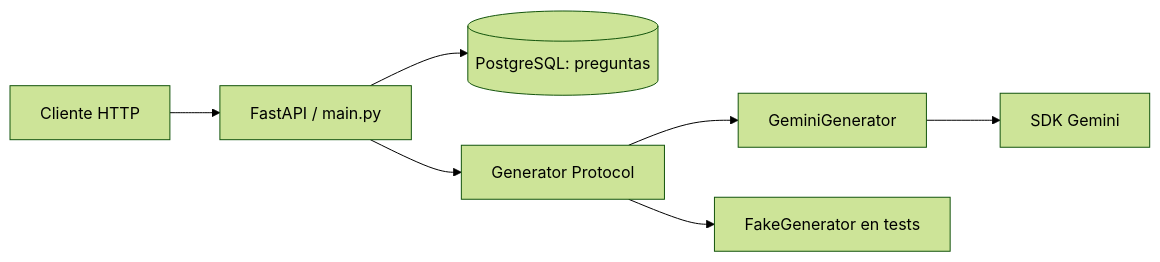
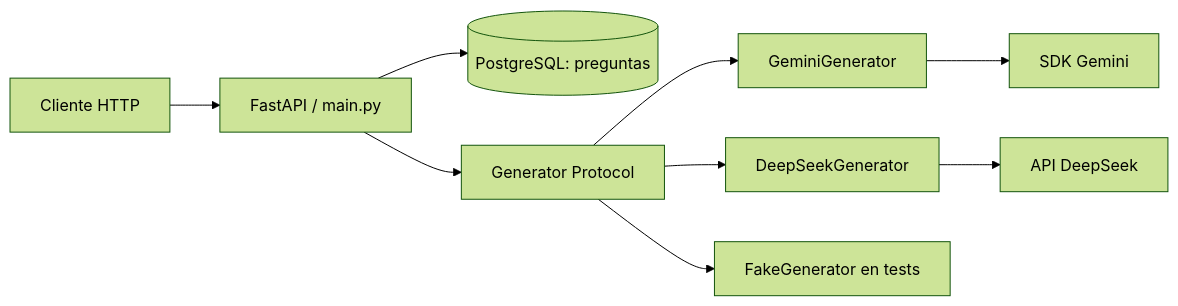
Before and after one commit to luissm01/biomedical-evidenceops: the diagram in docs/ARCHITECTURE.md, drawn with Mermaid (forest theme). The commit also changed other lines of this file and 23 other files, not shown here.

Commit message:
feat: add multi-provider LLM support with DeepSeek

````diff
--- a/docs/ARCHITECTURE.md
+++ b/docs/ARCHITECTURE.md
@@ -8,9 +8,11 @@
 ```mermaid
 flowchart LR
     HTTP[Cliente HTTP] --> API[FastAPI / main.py]
     API --> DB[(PostgreSQL: preguntas)]
     API --> G[Generator Protocol]
     G --> Gemini[GeminiGenerator]
+    G --> DeepSeek[DeepSeekGenerator]
     G --> Fake[FakeGenerator en tests]
     Gemini --> SDK[SDK Gemini]
+    DeepSeek --> API2[API DeepSeek]
 ```
````
